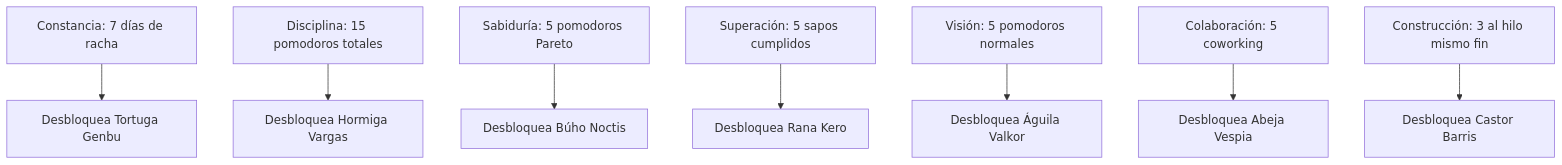
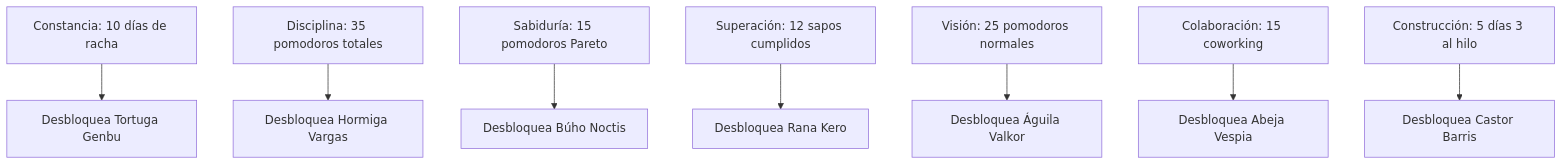
The second of 4 diagrams in docs/REGLAS_DE_NEGOCIO.md (rbahena/ProcrastinaComoUnPro), drawn with Mermaid before and after one commit. The commit also changed other lines of this file and 9 other files, not shown here.

````diff
--- a/docs/REGLAS_DE_NEGOCIO.md
+++ b/docs/REGLAS_DE_NEGOCIO.md
@@ -238,10 +238,10 @@
 ```mermaid
 graph TD
-    Q1[Constancia: 7 días de racha] --> A1[Desbloquea Tortuga Genbu]
-    Q2[Disciplina: 15 pomodoros totales] --> A2[Desbloquea Hormiga Vargas]
-    Q3[Sabiduría: 5 pomodoros Pareto] --> A3[Desbloquea Búho Noctis]
-    Q4[Superación: 5 sapos cumplidos] --> A4[Desbloquea Rana Kero]
-    Q5[Visión: 5 pomodoros normales] --> A5[Desbloquea Águila Valkor]
-    Q6[Colaboración: 5 coworking] --> A6[Desbloquea Abeja Vespia]
-    Q7[Construcción: 3 al hilo mismo fin] --> A7[Desbloquea Castor Barris]
+    Q1["Constancia: 10 días de racha"] --> A1[Desbloquea Tortuga Genbu]
+    Q2["Disciplina: 35 pomodoros totales"] --> A2[Desbloquea Hormiga Vargas]
+    Q3["Sabiduría: 15 pomodoros Pareto"] --> A3[Desbloquea Búho Noctis]
+    Q4["Superación: 12 sapos cumplidos"] --> A4[Desbloquea Rana Kero]
+    Q5["Visión: 25 pomodoros normales"] --> A5[Desbloquea Águila Valkor]
+    Q6["Colaboración: 15 coworking"] --> A6[Desbloquea Abeja Vespia]
+    Q7["Construcción: 5 días 3 al hilo"] --> A7[Desbloquea Castor Barris]
 ```
````
